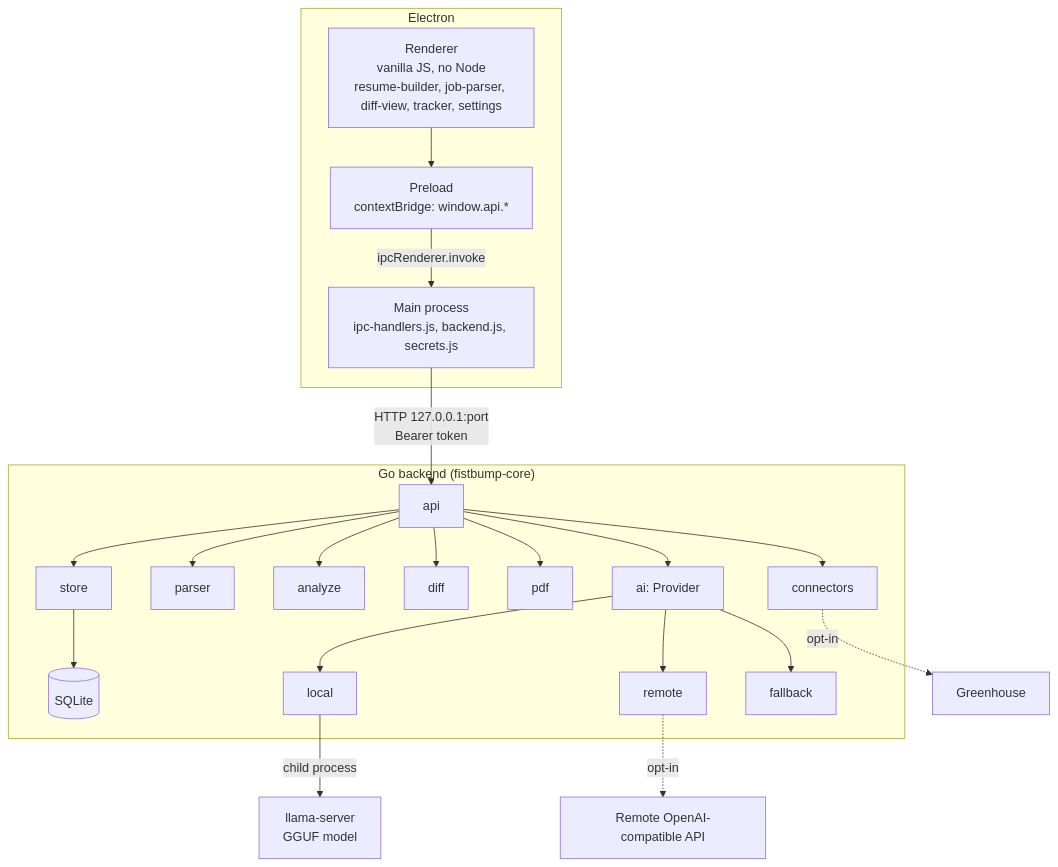
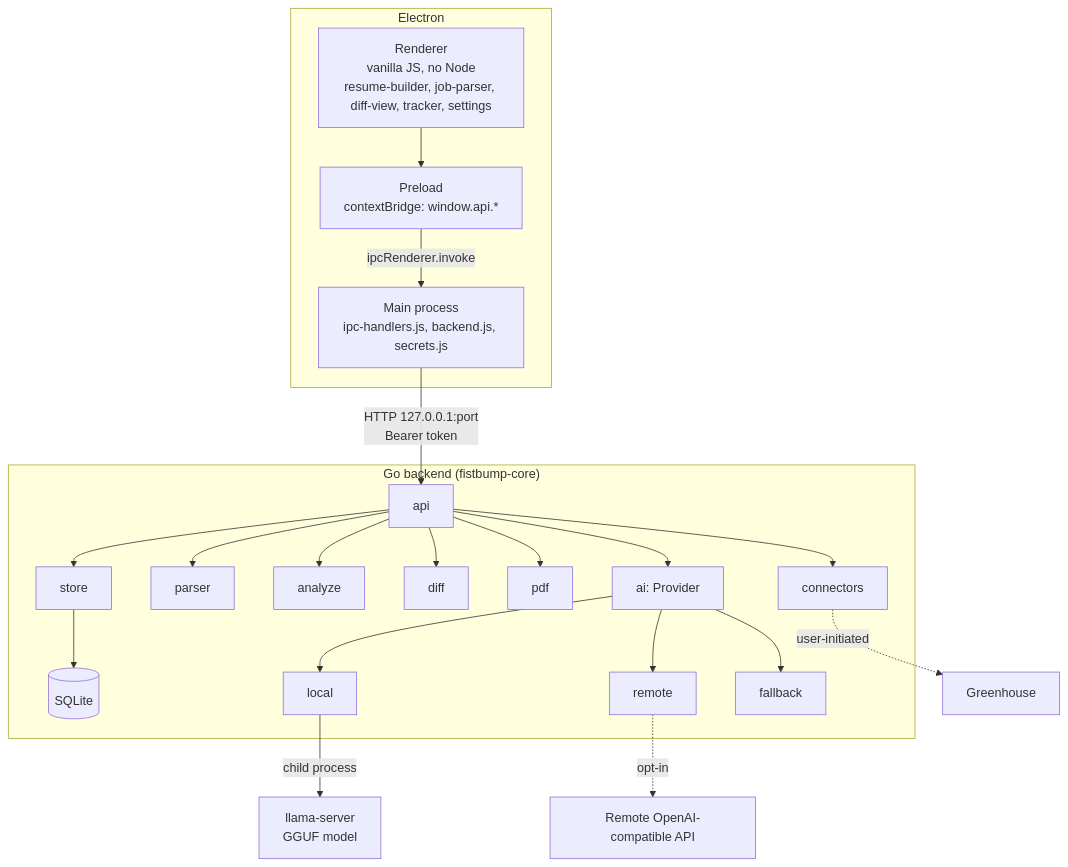
The first of 8 diagrams in docs/architecture.md (tlmcguire/fistbump), drawn with Mermaid before and after one commit. The commit also changed other lines of this file and 5 other files, not shown here.

````diff
--- a/docs/architecture.md
+++ b/docs/architecture.md
@@ -17,25 +17,25 @@
 ```mermaid
 flowchart TB
     subgraph Electron
         R["Renderer<br/>vanilla JS, no Node<br/>resume-builder, job-parser, diff-view, tracker, settings"]
         P["Preload<br/>contextBridge: window.api.*"]
         M["Main process<br/>ipc-handlers.js, backend.js, secrets.js"]
         R --> P -->|ipcRenderer.invoke| M
     end
     subgraph Go["Go backend (fistbump-core)"]
         API[api] --> Store[store] --> DB[(SQLite)]
         API --> Parser[parser]
         API --> Analyze[analyze]
         API --> Diff[diff]
         API --> PDF[pdf]
         API --> Conn[connectors]
         API --> AI["ai: Provider"]
         AI --> Local[local]
         AI --> Remote[remote]
         AI --> Fallback[fallback]
     end
     M -->|"HTTP 127.0.0.1:port<br/>Bearer token"| API
     Local -->|child process| LS["llama-server<br/>GGUF model"]
     Remote -.->|opt-in| RA["Remote OpenAI-compatible API"]
-    Conn -.->|opt-in| GH["Greenhouse"]
+    Conn -.->|user-initiated| GH["Greenhouse"]
 ```
````
